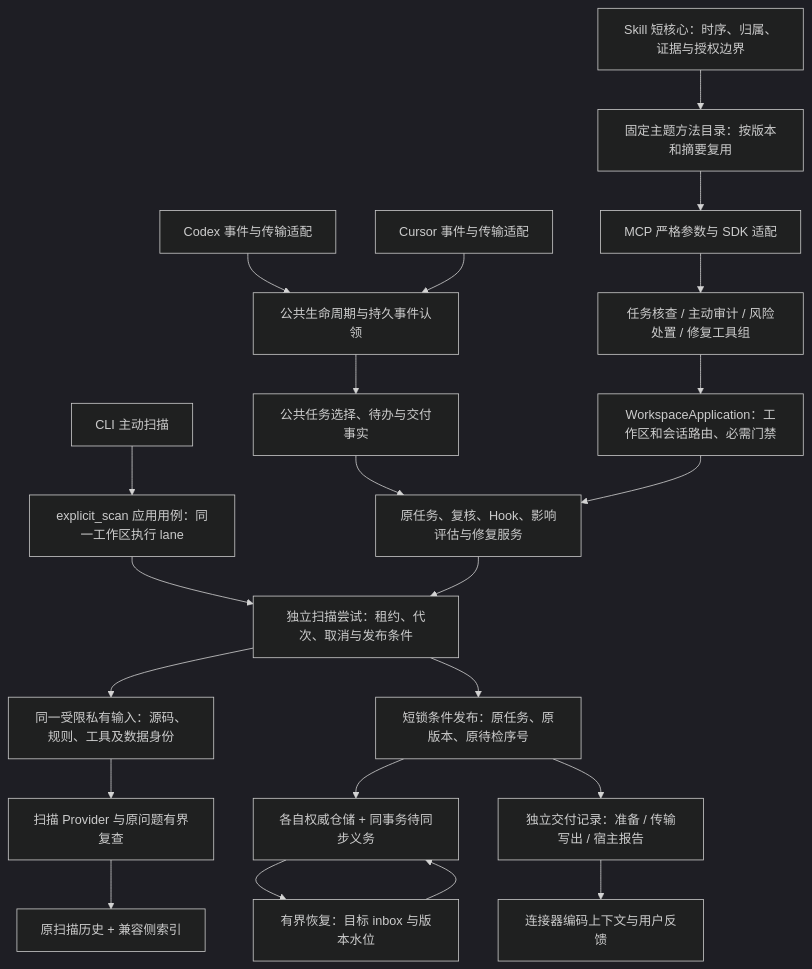
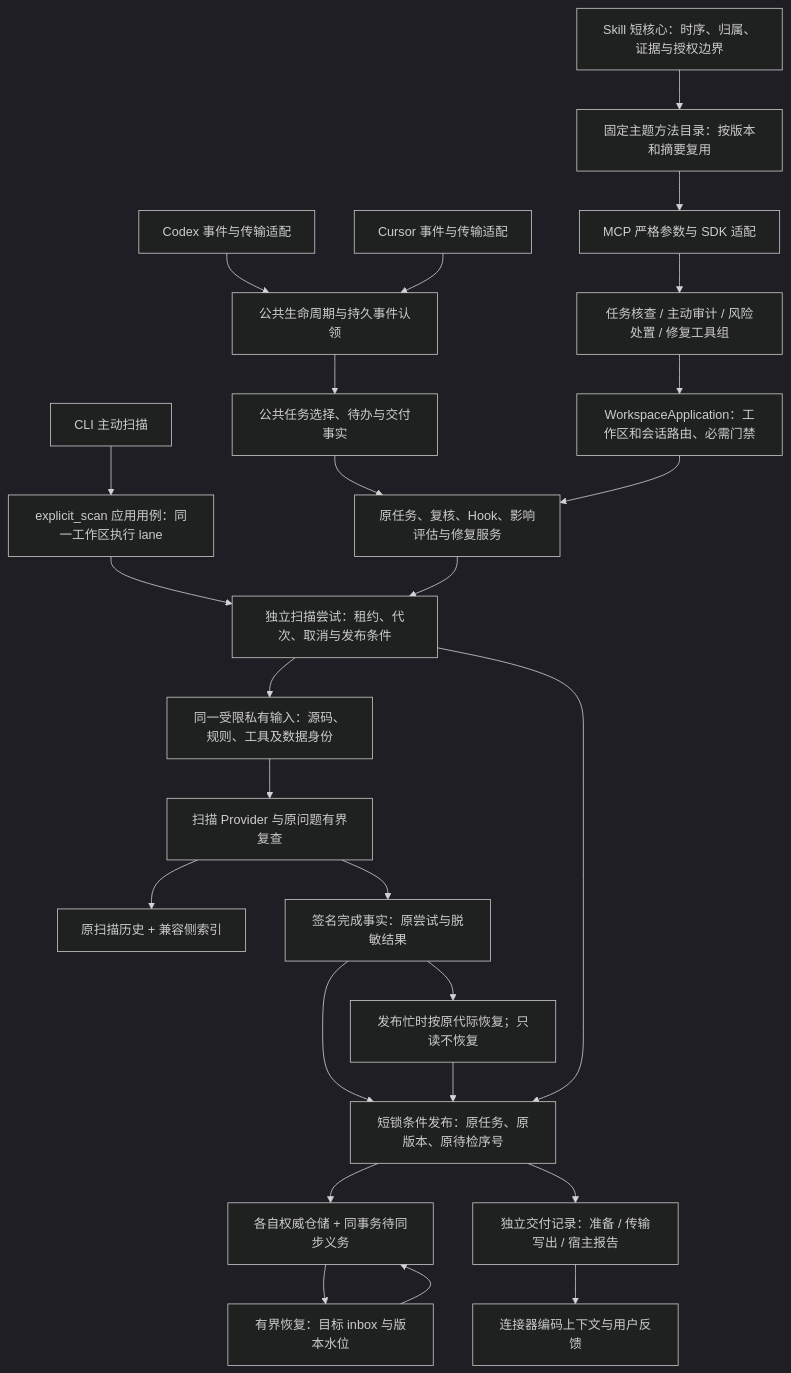
Before and after one commit to pikachu-cxy/Ai-security-check: the first of 2 diagrams in docs/ARCHITECTURE_UNIFICATION_COMPLETION.zh-CN.md, drawn with Mermaid (dark theme). The commit also changed other lines of this file and 112 other files, not shown here.

````diff
--- a/docs/ARCHITECTURE_UNIFICATION_COMPLETION.zh-CN.md
+++ b/docs/ARCHITECTURE_UNIFICATION_COMPLETION.zh-CN.md
@@ -9,24 +19,28 @@
 ```mermaid
 flowchart TB
     SK["Skill 短核心：时序、归属、证据与授权边界"] --> GUIDE["固定主题方法目录：按版本和摘要复用"]
     GUIDE --> MCP["MCP 严格参数与 SDK 适配"]
     CLI["CLI 主动扫描"] --> EXPLICIT["explicit_scan 应用用例：同一工作区执行 lane"]
     EXPLICIT --> ATT
     MCP --> MOD["任务核查 / 主动审计 / 风险处置 / 修复工具组"]
     MOD --> APP["WorkspaceApplication：工作区和会话路由、必需门禁"]
     CX["Codex 事件与传输适配"] --> EVT["公共生命周期与持久事件认领"]
     CU["Cursor 事件与传输适配"] --> EVT
     EVT --> OR["公共任务选择、待办与交付事实"]
     OR --> DOMAIN["原任务、复核、Hook、影响评估与修复服务"]
     APP --> DOMAIN
     DOMAIN --> ATT["独立扫描尝试：租约、代次、取消与发布条件"]
     ATT --> INPUT["同一受限私有输入：源码、规则、工具及数据身份"]
     INPUT --> ENG["扫描 Provider 与原问题有界复查"]
     ENG --> HISTORY["原扫描历史 + 兼容侧索引"]
+    ENG --> FACTS["签名完成事实：原尝试与脱敏结果"]
+    FACTS --> PUB
+    FACTS --> RECOVER["发布忙时按原代际恢复；只读不恢复"]
+    RECOVER --> PUB
     ATT --> PUB["短锁条件发布：原任务、原版本、原待检序号"]
     PUB --> AUTH["各自权威仓储 + 同事务待同步义务"]
     AUTH --> PROJ["有界恢复：目标 inbox 与版本水位"]
     PROJ --> AUTH
     PUB --> RECEIPT["独立交付记录：准备 / 传输写出 / 宿主报告"]
     RECEIPT --> OUT["连接器编码上下文与用户反馈"]
 ```
````
